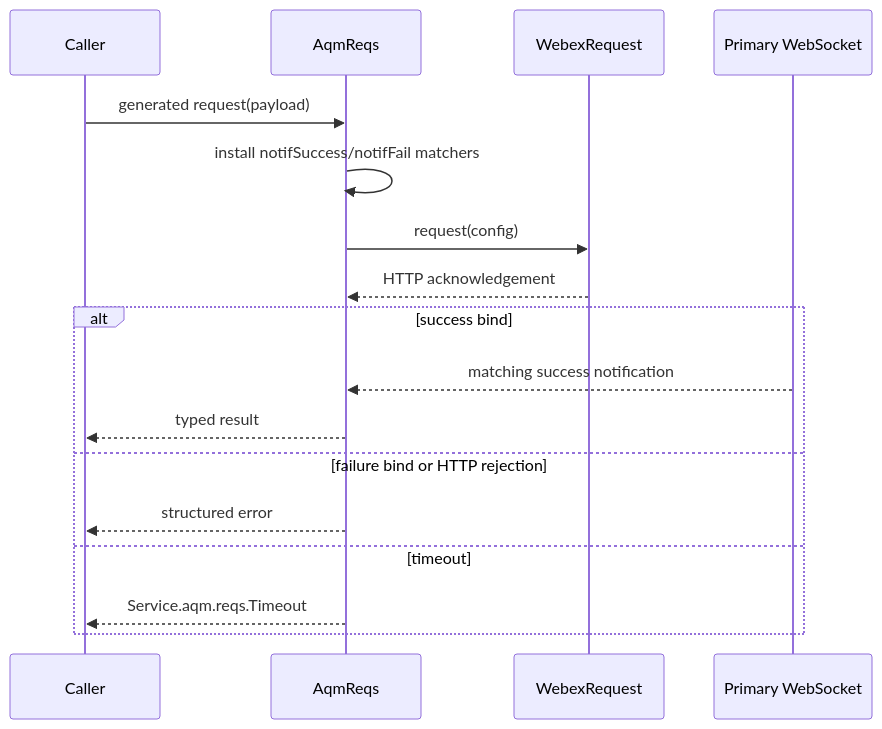
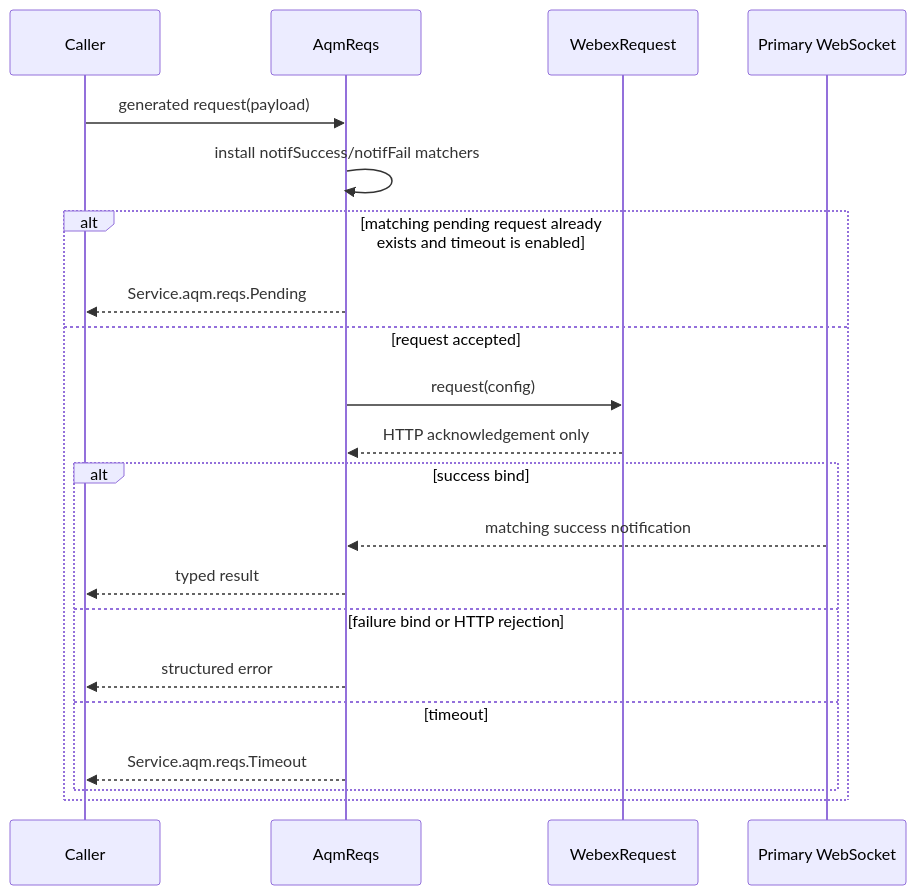
One commit to webex/webex-js-sdk changed the fifth of 9 diagrams in packages/@webex/contact-center/src/services/core/ai-docs/core-spec.md. Above: the diagram before and after it, drawn with Mermaid. The commit also changed other lines of this file and 10 other files, not shown here.

````diff
--- a/packages/@webex/contact-center/src/services/core/ai-docs/core-spec.md
+++ b/packages/@webex/contact-center/src/services/core/ai-docs/core-spec.md
@@ -370,19 +378,23 @@
 ```mermaid
 sequenceDiagram
   participant Caller
   participant AQM as AqmReqs
   participant WR as WebexRequest
   participant WS as Primary WebSocket
   Caller->>AQM: generated request(payload)
   AQM->>AQM: install notifSuccess/notifFail matchers
-  AQM->>WR: request(config)
-  WR-->>AQM: HTTP acknowledgement
-  alt success bind
-    WS-->>AQM: matching success notification
-    AQM-->>Caller: typed result
-  else failure bind or HTTP rejection
-    AQM-->>Caller: structured error
-  else timeout
-    AQM-->>Caller: Service.aqm.reqs.Timeout
+  alt matching pending request already exists and timeout is enabled
+    AQM-->>Caller: Service.aqm.reqs.Pending
+  else request accepted
+    AQM->>WR: request(config)
+    WR-->>AQM: HTTP acknowledgement only
+    alt success bind
+      WS-->>AQM: matching success notification
+      AQM-->>Caller: typed result
+    else failure bind or HTTP rejection
+      AQM-->>Caller: structured error
+    else timeout
+      AQM-->>Caller: Service.aqm.reqs.Timeout
+    end
   end
 ```
````
